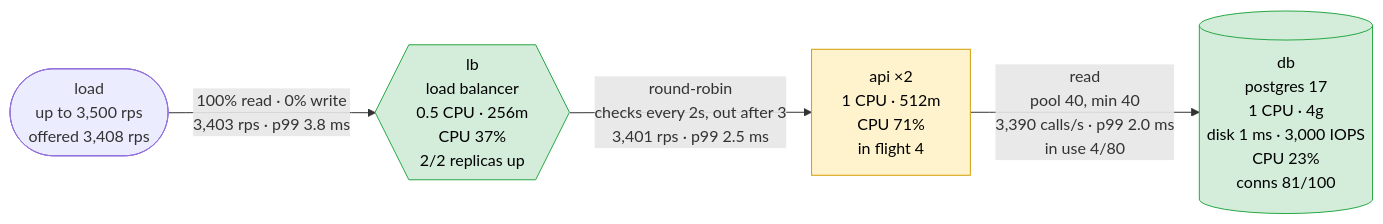
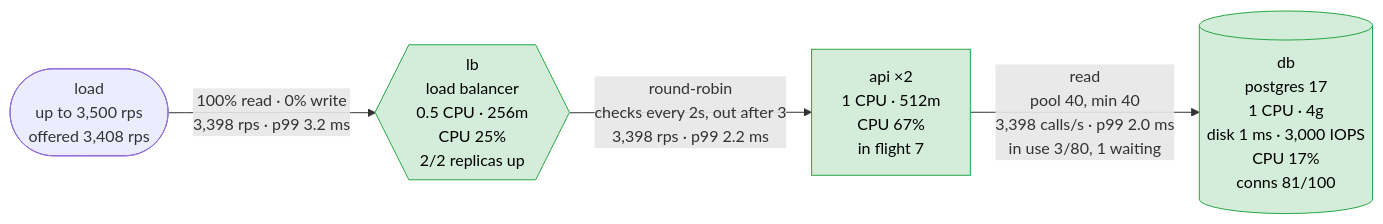
One commit to akinfemi/load-lore changed the first of 5 diagrams in scenarios/statement-day/solutions/more-memory/report.md. Above: the diagram before and after it, drawn with Mermaid. The commit also changed other lines of this file and 71 other files, not shown here.

First line of the commit message:
Re-measure the library on rules version 21; warm-pool storms are reconnections

````diff
--- a/scenarios/statement-day/solutions/more-memory/report.md
+++ b/scenarios/statement-day/solutions/more-memory/report.md
@@ -19,15 +17,14 @@
 ```mermaid
 flowchart LR
     load(["load<br/>up to 3,500 rps<br/>offered 3,408 rps"])
-    lb{{"lb<br/>load balancer<br/>0.5 CPU · 256m<br/>CPU 37%<br/>2/2 replicas up"}}
-    api["api ×2<br/>1 CPU · 512m<br/>CPU 71%<br/>in flight 4"]
-    db[("db<br/>postgres 17<br/>1 CPU · 4g<br/>disk 1 ms · 3,000 IOPS<br/>CPU 23%<br/>conns 81/100")]
-    load -->|"100% read · 0% write<br/>3,403 rps · p99 3.8 ms"| lb
-    lb -->|"round-robin<br/>checks every 2s, out after 3<br/>3,401 rps · p99 2.5 ms"| api
-    api -->|"read<br/>pool 40, min 40<br/>3,390 calls/s · p99 2.0 ms<br/>in use 4/80"| db
+    lb{{"lb<br/>load balancer<br/>0.5 CPU · 256m<br/>CPU 25%<br/>2/2 replicas up"}}
+    api["api ×2<br/>1 CPU · 512m<br/>CPU 67%<br/>in flight 7"]
+    db[("db<br/>postgres 17<br/>1 CPU · 4g<br/>disk 1 ms · 3,000 IOPS<br/>CPU 17%<br/>conns 81/100")]
+    load -->|"100% read · 0% write<br/>3,398 rps · p99 3.2 ms"| lb
+    lb -->|"round-robin<br/>checks every 2s, out after 3<br/>3,398 rps · p99 2.2 ms"| api
+    api -->|"read<br/>pool 40, min 40<br/>3,398 calls/s · p99 2.0 ms<br/>in use 3/80, 1 waiting"| db
     classDef ok fill:#d4edda,stroke:#28a745,color:#000
     classDef warm fill:#fff3cd,stroke:#d39e00,color:#000
     classDef hot fill:#f8d7da,stroke:#dc3545,color:#000
-    class lb,db ok
-    class api warm
+    class lb,api,db ok
 ```
````
